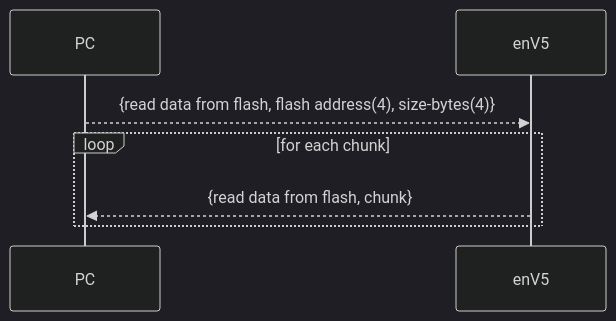
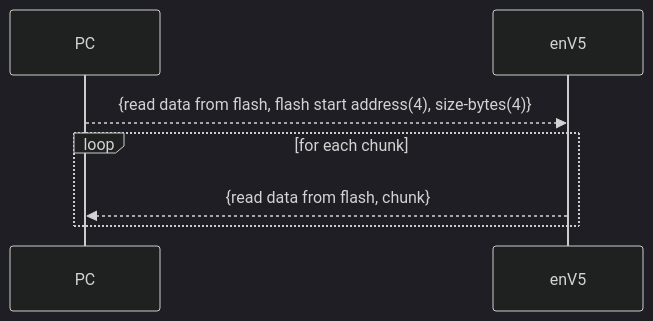
Before and after one commit to es-ude/elastic-ai.runtime.enV5: the sixth of 10 diagrams in python_utils/usb/README.adoc, drawn with Mermaid (dark theme). The commit also changed other lines of this file, not shown here.

```diff
--- a/python_utils/usb/README.adoc
+++ b/python_utils/usb/README.adoc
@@ -90,8 +90,8 @@
 [mermaid]
 ....
 sequenceDiagram
-    PC-->>enV5: {read data from flash, flash address(4), size-bytes(4)}
+    PC-->>enV5: {read data from flash, flash start address(4), size-bytes(4)}
     loop for each chunk
     enV5-->>PC: {read data from flash, chunk}
     end
 ....
```
